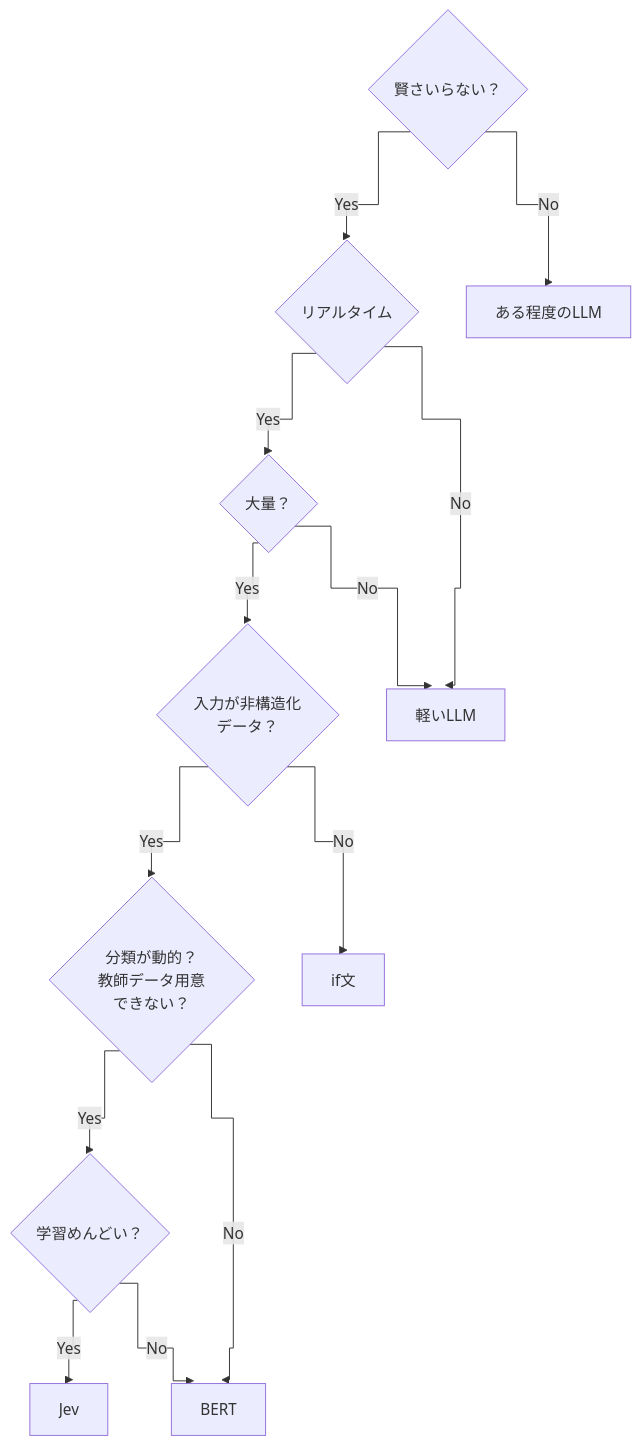
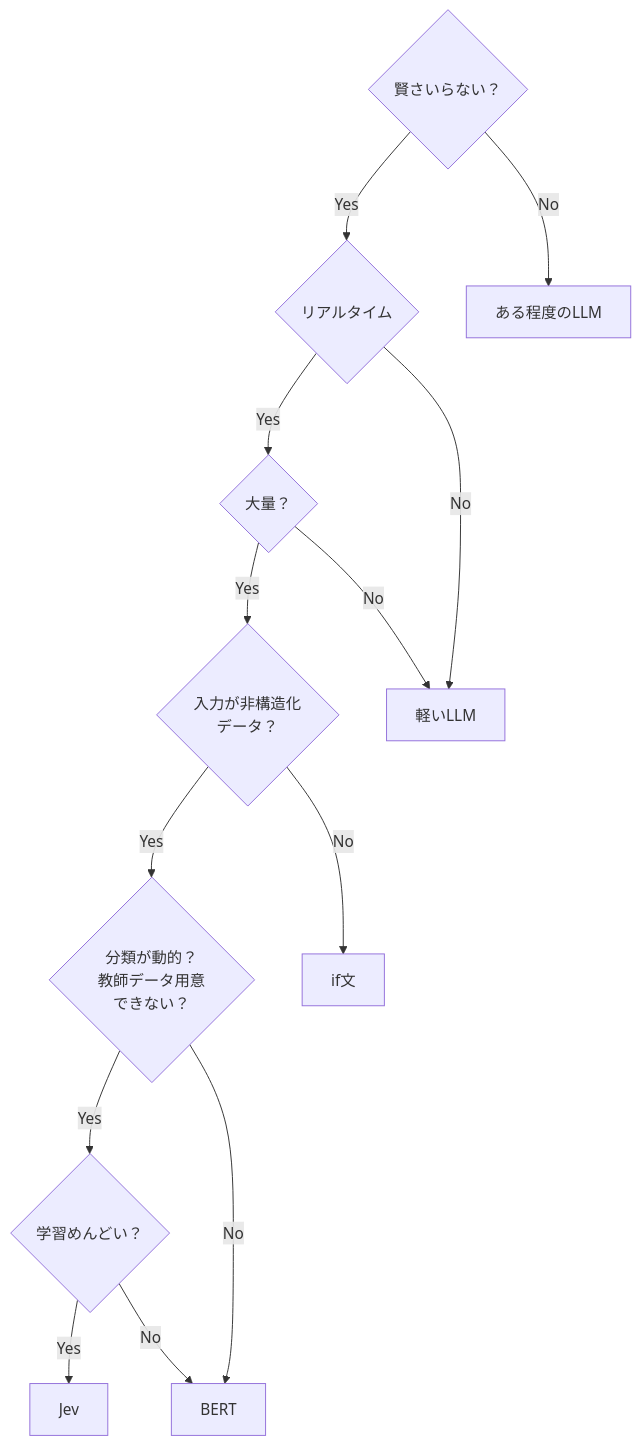
Before and after one commit to kzkhykw/jev-or-not: the diagram in README.md, drawn with Mermaid.

Commit message:
Restore default Mermaid arrows

````diff
--- a/README.md
+++ b/README.md
@@ -5,29 +5,28 @@
 ```mermaid
-%%{init: {"flowchart": {"curve": "step"}}}%%
 flowchart TD
     A{"賢さいらない？"}
     B{"リアルタイム"}
     C{"大量？"}
     D{"入力が非構造化<br/>データ？"}
     E{"分類が動的？<br/>教師データ用意<br/>できない？"}
     F{"学習めんどい？"}
 
     J["Jev"]
     BERT["BERT"]
     IF["if文"]
     LIGHT["軽いLLM"]
     SOME["ある程度のLLM"]
 
     A -->|Yes| B
     A -->|No| SOME
     B -->|Yes| C
     B -->|No| LIGHT
     C -->|Yes| D
     C -->|No| LIGHT
     D -->|Yes| E
     D -->|No| IF
     E -->|Yes| F
     E -->|No| BERT
     F -->|Yes| J
     F -->|No| BERT
 ```
````
